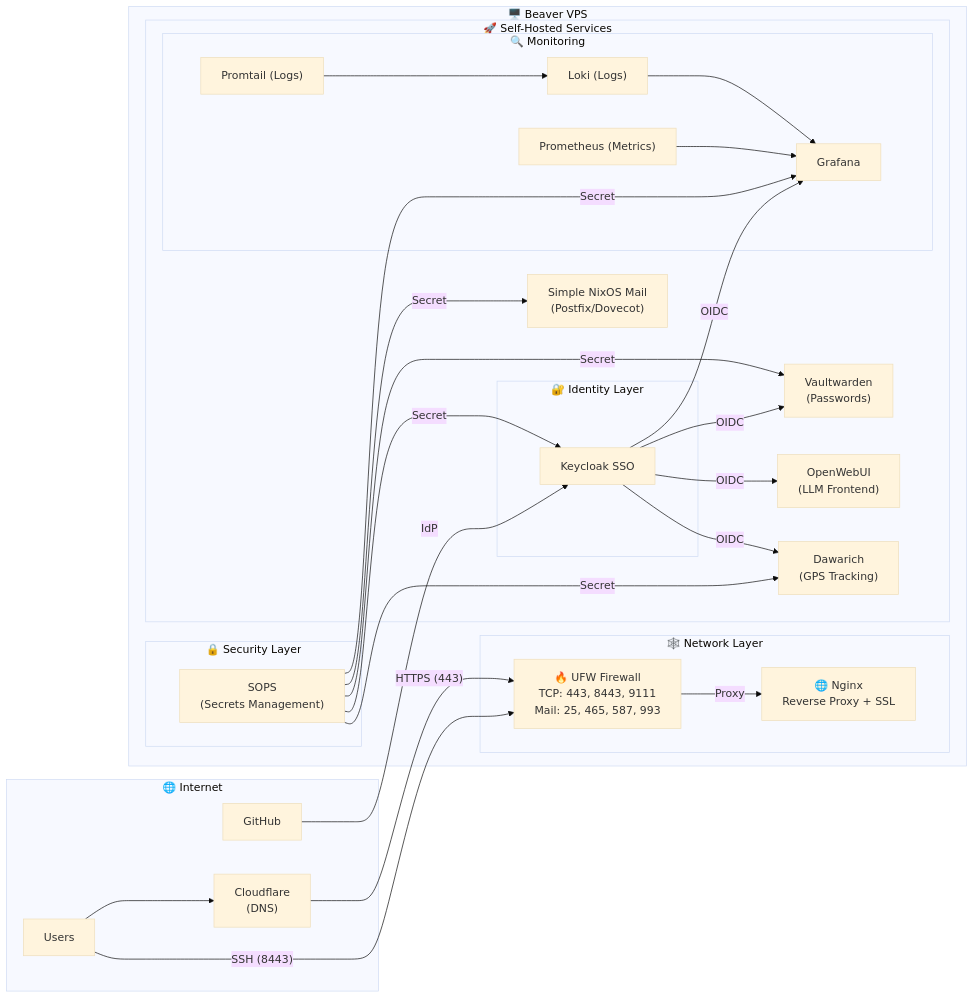
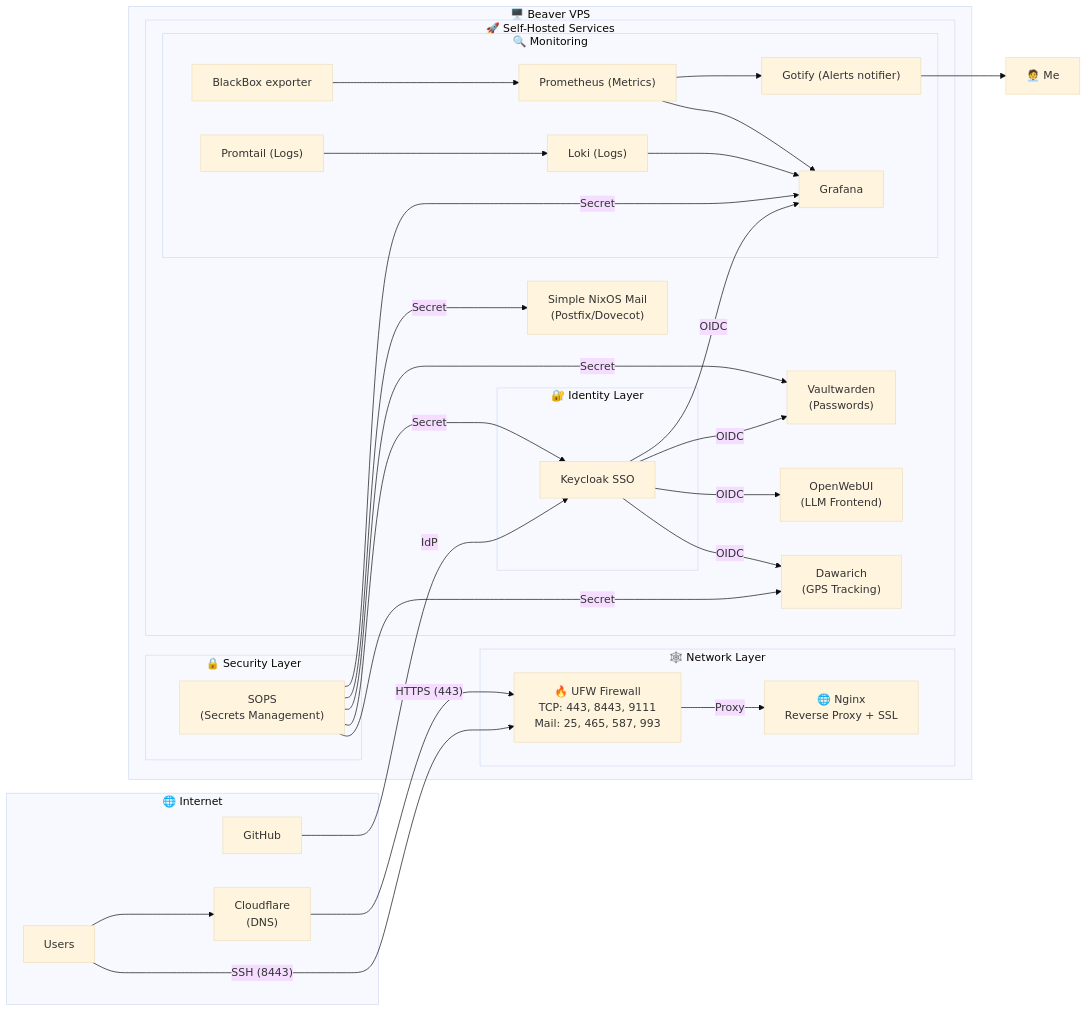
The diagram in README.md (JustAlternate/nixcfg), drawn with Mermaid (base theme) before and after one commit.

Commit message:
chores(docs): schema

````diff
--- a/README.md
+++ b/README.md
@@ -27,70 +27,76 @@
 ```mermaid
 flowchart LR
+    Me["🧑‍💼 Me"]
     subgraph Internet["🌐 Internet"]
         Users["Users"]
         GitHub["GitHub"]
         Cloudflare["Cloudflare<br/>(DNS)"]
     end
 
     subgraph Beaver["🖥️ Beaver VPS"]
         
         subgraph Network["🕸️ Network Layer"]
             Firewall["🔥 UFW Firewall<br/>TCP: 443, 8443, 9111<br/>Mail: 25, 465, 587, 993"]
             Nginx["🌐 Nginx<br/>Reverse Proxy + SSL"]
         end
 
         subgraph Security["🔒 Security Layer"]
             Sops["SOPS<br/>(Secrets Management)"]
         end
 
         subgraph Services["🚀 Self-Hosted Services"]
             Vaultwarden["Vaultwarden<br/>(Passwords)"]
             OpenWebUI["OpenWebUI<br/>(LLM Frontend)"]
             Mail["Simple NixOS Mail<br/>(Postfix/Dovecot)"]
             Dawarich["Dawarich<br/>(GPS Tracking)"]
 
             subgraph Monitoring["🔍 Monitoring"]
+                Gotify["Gotify (Alerts notifier)"]
+                BlackBox["BlackBox exporter"]
                 Promtail["Promtail (Logs)"]
                 Loki["Loki (Logs)"]
                 Prometheus["Prometheus (Metrics)"]
                 Grafana["Grafana<br/>"]
             end
 
             subgraph Auth["🔐 Identity Layer"]
                 Keycloak["Keycloak SSO<br/>"]
             end
         end
     end
 
     %% External Traffic
     Users --> Cloudflare
     Cloudflare -->|"HTTPS (443)"| Firewall
     Users -->|"SSH (8443)"| Firewall
 
     %% Internal Routing
     Firewall -->|"Proxy"| Nginx
 
     %% Monitoring Flow
+    BlackBox --> Prometheus
+    Prometheus --> Grafana
     Promtail --> Loki
     Loki --> Grafana
-
-    Prometheus --> Grafana
 
     Sops -->|"Secret"| Grafana
 
     Keycloak -->|"OIDC"| Grafana
 
     Sops -->|"Secret"| Vaultwarden
     Sops -->|"Secret"| Mail
     Sops -->|"Secret"| Keycloak
 
     GitHub -->|"IdP"| Keycloak
 
     %% Auth Flow
     Keycloak -->|"OIDC"| OpenWebUI
     Keycloak -->|"OIDC"| Dawarich
     Keycloak -->|"OIDC"| Vaultwarden
 
     Sops -->|"Secret"| Dawarich
 
+    Prometheus --> Gotify
+    Gotify --> Me
+
 ```
````
